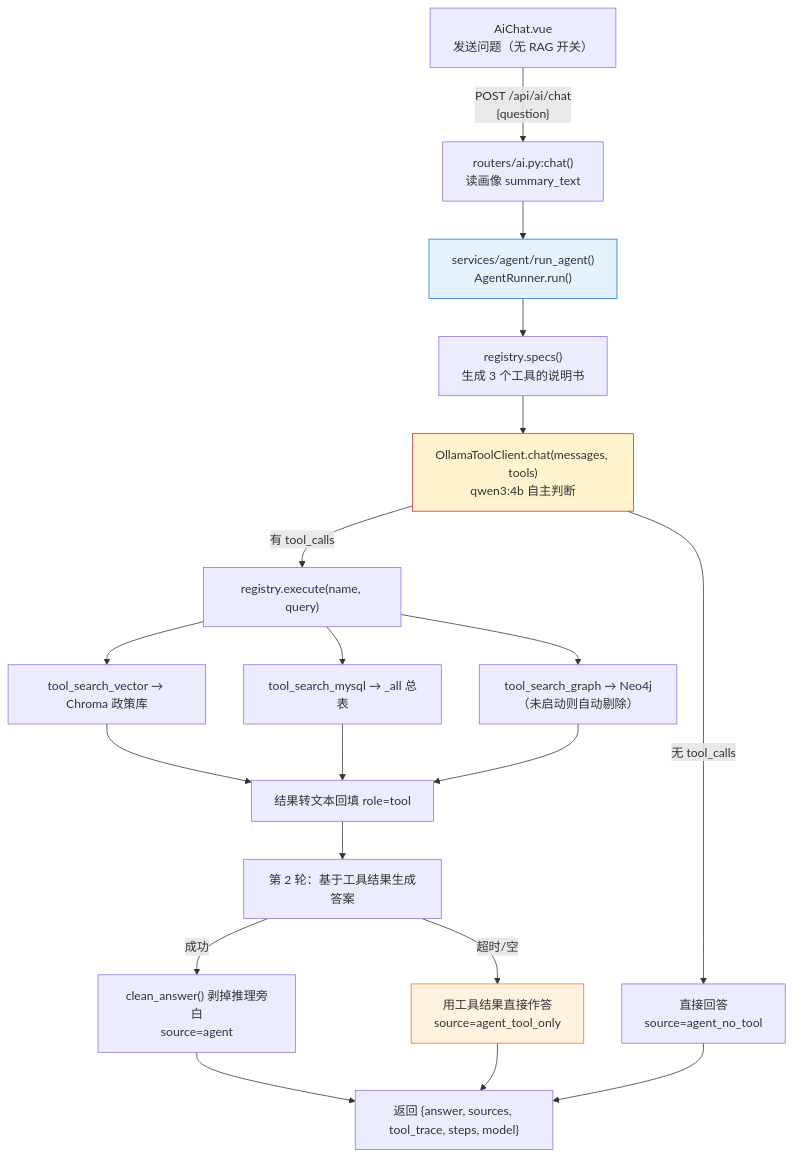
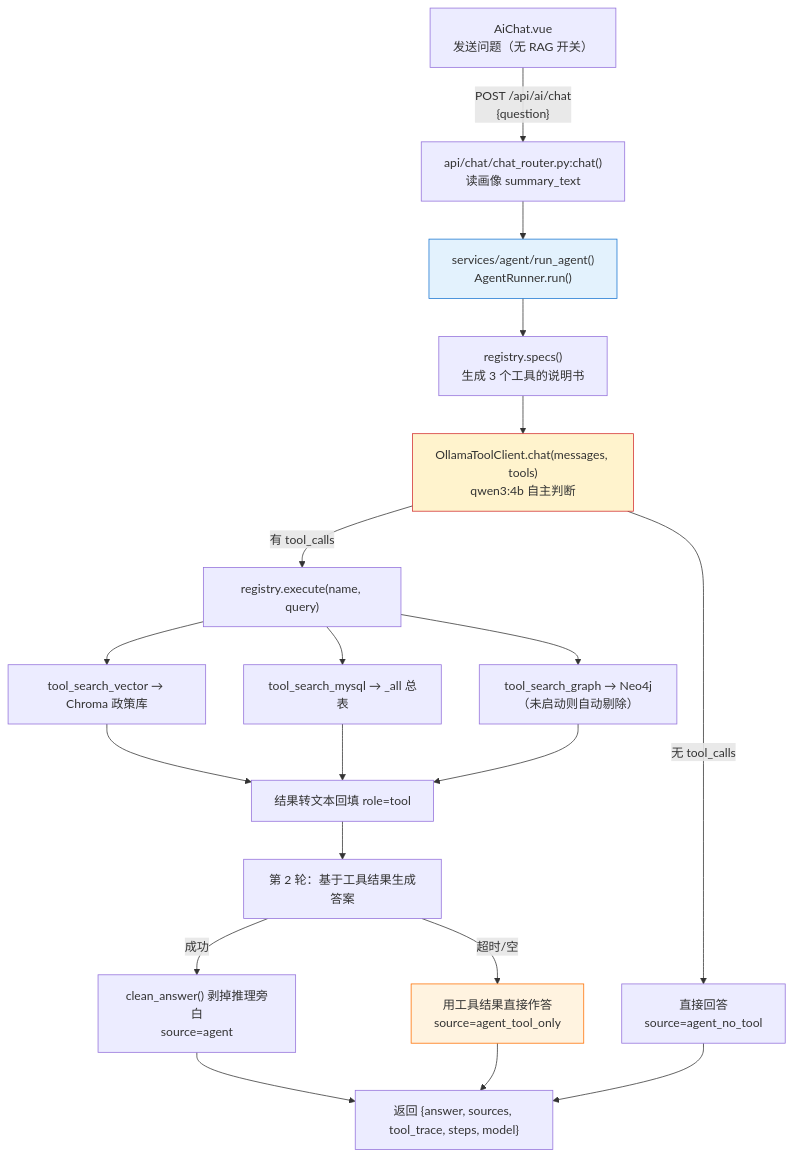
One commit to TS-DE/college-application-process changed the tenth of 12 diagrams in README.md. Above: the diagram before and after it, drawn with Mermaid. The commit also changed other lines of this file and 1 other file, not shown here.

Commit message:
docs: 0.17.0 更新 CHANGELOG 与 README 目录结构（api/services/tests 三层）

````diff
--- a/README.md
+++ b/README.md
@@ -900,25 +936,25 @@
 ```mermaid
 graph TD
-    A["AiChat.vue<br/>发送问题（无 RAG 开关）"] -->|"POST /api/ai/chat<br/>{question}"| B["routers/ai.py:chat()<br/>读画像 summary_text"]
+    A["AiChat.vue<br/>发送问题（无 RAG 开关）"] -->|"POST /api/ai/chat<br/>{question}"| B["api/chat/chat_router.py:chat()<br/>读画像 summary_text"]
     B --> C["services/agent/run_agent()<br/>AgentRunner.run()"]
     C --> D["registry.specs()<br/>生成 3 个工具的说明书"]
     D --> E["OllamaToolClient.chat(messages, tools)<br/>qwen3:4b 自主判断"]
     E -->|"无 tool_calls"| F["直接回答<br/>source=agent_no_tool"]
     E -->|"有 tool_calls"| G["registry.execute(name, query)"]
     G --> G1["tool_search_vector → Chroma 政策库"]
     G --> G2["tool_search_mysql → _all 总表"]
     G --> G3["tool_search_graph → Neo4j（未启动则自动剔除）"]
     G1 --> H["结果转文本回填 role=tool"]
     G2 --> H
     G3 --> H
     H --> I["第 2 轮：基于工具结果生成答案"]
     I -->|"成功"| J["clean_answer() 剥掉推理旁白<br/>source=agent"]
     I -->|"超时/空"| K["用工具结果直接作答<br/>source=agent_tool_only"]
     J --> L["返回 {answer, sources, tool_trace, steps, model}"]
     K --> L
     F --> L
 
     style C fill:#e3f2fd,stroke:#1976d2
     style E fill:#fff3cd,stroke:#d32f2f
     style K fill:#fff3e0,stroke:#ff6f00
 ```
````
